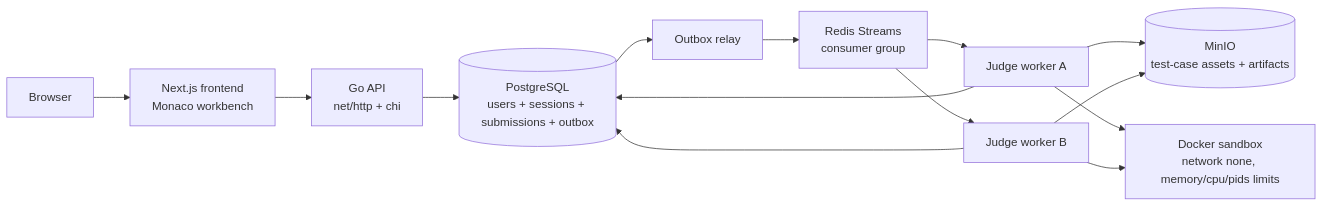
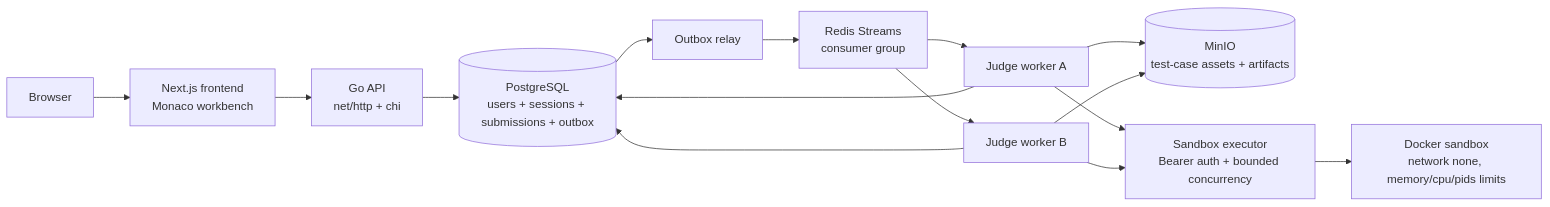
Before and after one commit to kaii9/codingJudge: the diagram in README.md, drawn with Mermaid. The commit also changed other lines of this file and 21 other files, not shown here.

Commit message:
feat: isolate sandbox execution behind executor service

````diff
--- a/README.md
+++ b/README.md
@@ -30,16 +31,17 @@
 ```mermaid
 flowchart LR
     Browser[Browser] --> Frontend[Next.js frontend<br/>Monaco workbench]
     Frontend --> API[Go API<br/>net/http + chi]
     API --> Store[(PostgreSQL<br/>users + sessions + submissions + outbox)]
     Store --> Relay[Outbox relay]
     Relay --> Queue[Redis Streams<br/>consumer group]
     Queue --> WorkerA[Judge worker A]
     Queue --> WorkerB[Judge worker B]
     WorkerA --> Store
     WorkerB --> Store
     WorkerA --> MinIO[(MinIO<br/>test-case assets + artifacts)]
     WorkerB --> MinIO
-    WorkerA --> Docker[Docker sandbox<br/>network none, memory/cpu/pids limits]
-    WorkerB --> Docker
+    WorkerA --> Executor[Sandbox executor<br/>Bearer auth + bounded concurrency]
+    WorkerB --> Executor
+    Executor --> Docker[Docker sandbox<br/>network none, memory/cpu/pids limits]
 ```
````
